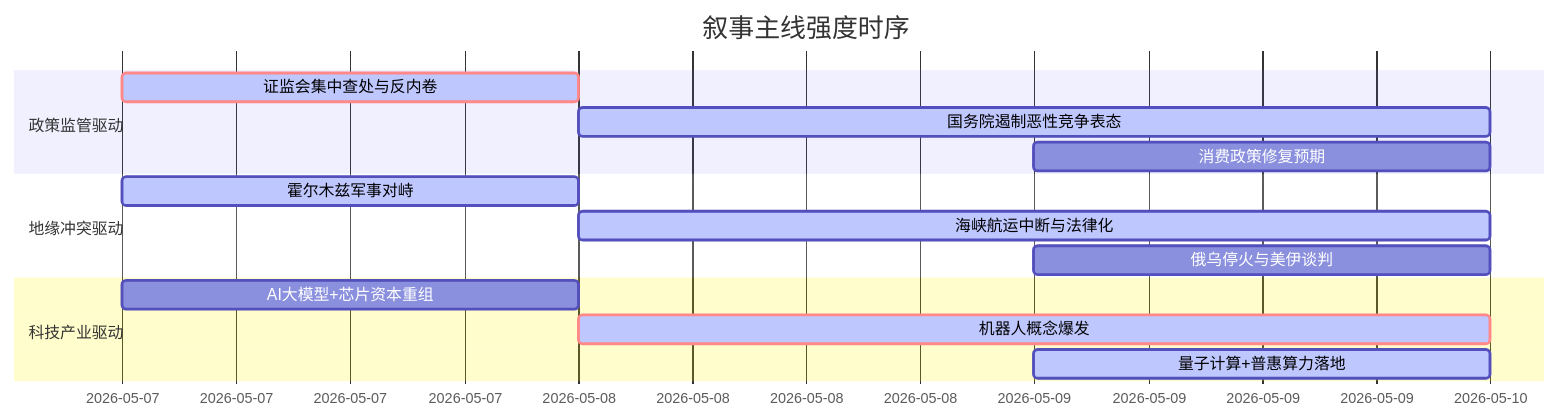
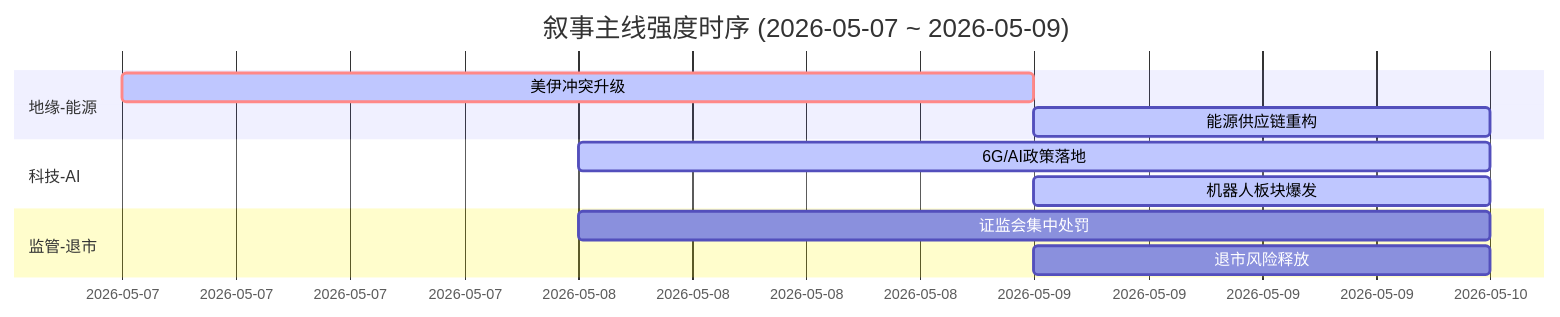
Before and after one commit to uu5zn/uu5zn.github.io: the diagram in 5day_report.md, drawn with Mermaid. The commit also changed other lines of this file and 19 other files, not shown here.

````diff
--- a/5day_report.md
+++ b/5day_report.md
@@ -53,19 +56,16 @@
 ```mermaid
 gantt
-    title 叙事主线强度时序
+    title 叙事主线强度时序 (2026-05-07 ~ 2026-05-09)
     dateFormat  YYYY-MM-DD
-    section 政策监管驱动
-    证监会集中查处与反内卷 :crit, active, 2026-05-07, 1d
-    国务院遏制恶性竞争表态 :active, 2026-05-08, 2d
-    消费政策修复预期 :2026-05-09, 1d
+    section 地缘‑能源
+    美伊冲突升级   :crit, active, 2026-05-07, 2d
+    能源供应链重构 :active, 2026-05-09, 1d
 
-    section 地缘冲突驱动
-    霍尔木兹军事对峙 :active, 2026-05-07, 1d
-    海峡航运中断与法律化 :active, 2026-05-08, 2d
-    俄乌停火与美伊谈判 :2026-05-09, 1d
+    section 科技‑AI
+    6G/AI政策落地   :active, 2026-05-08, 2d
+    机器人板块爆发   :active, 2026-05-09, 1d
 
-    section 科技产业驱动
-    AI大模型+芯片资本重组 :2026-05-07, 1d
-    机器人概念爆发 :crit, active, 2026-05-08, 2d
-    量子计算+普惠算力落地 :active, 2026-05-09, 1d
+    section 监管‑退市
+    证监会集中处罚   :2026-05-08, 2d
+    退市风险释放     :2026-05-09, 1d
 ```
````
